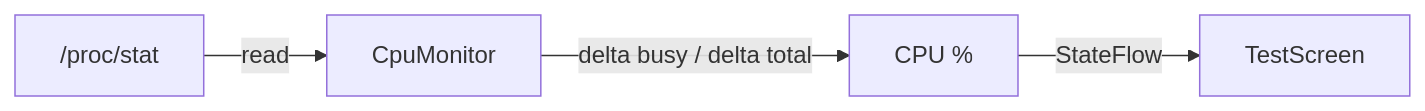
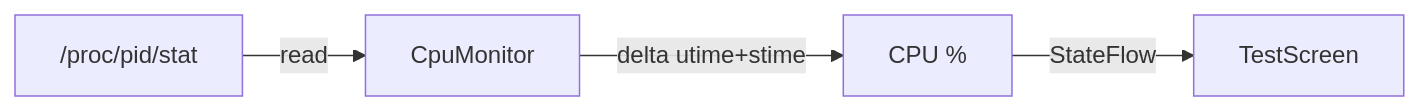
One commit to manawenuz/btest-rs-android changed the seventh of 8 diagrams in docs/architecture.md. Above: the diagram before and after it, drawn with Mermaid. The commit also changed other lines of this file and 2 other files, not shown here.

````diff
--- a/docs/architecture.md
+++ b/docs/architecture.md
@@ -178,6 +304,6 @@
 ```mermaid
 graph LR
-    PS["/proc/stat"] -->|read| CM[CpuMonitor]
-    CM -->|"delta busy / delta total"| CPU["CPU %"]
+    PS["/proc/pid/stat"] -->|read| CM[CpuMonitor]
+    CM -->|"delta utime+stime"| CPU["CPU %"]
     CPU -->|StateFlow| UI[TestScreen]
 ```
````
